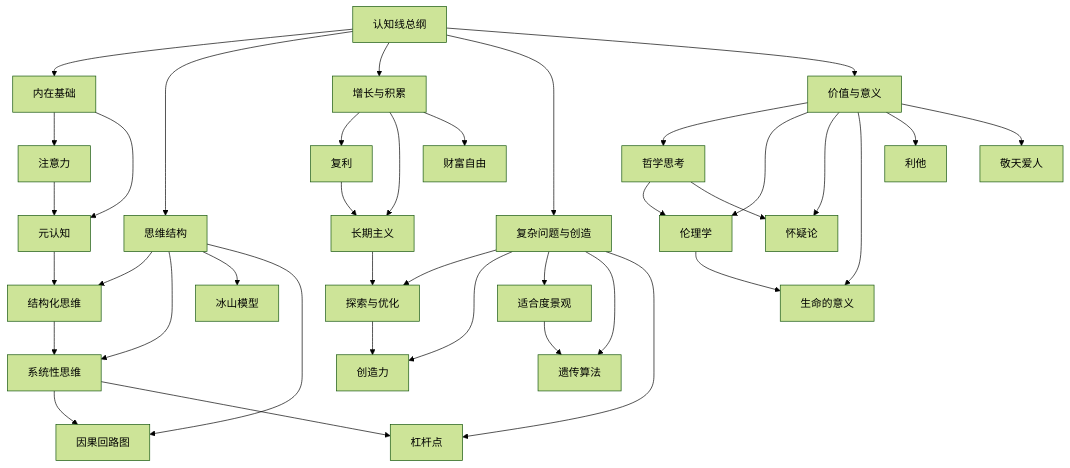
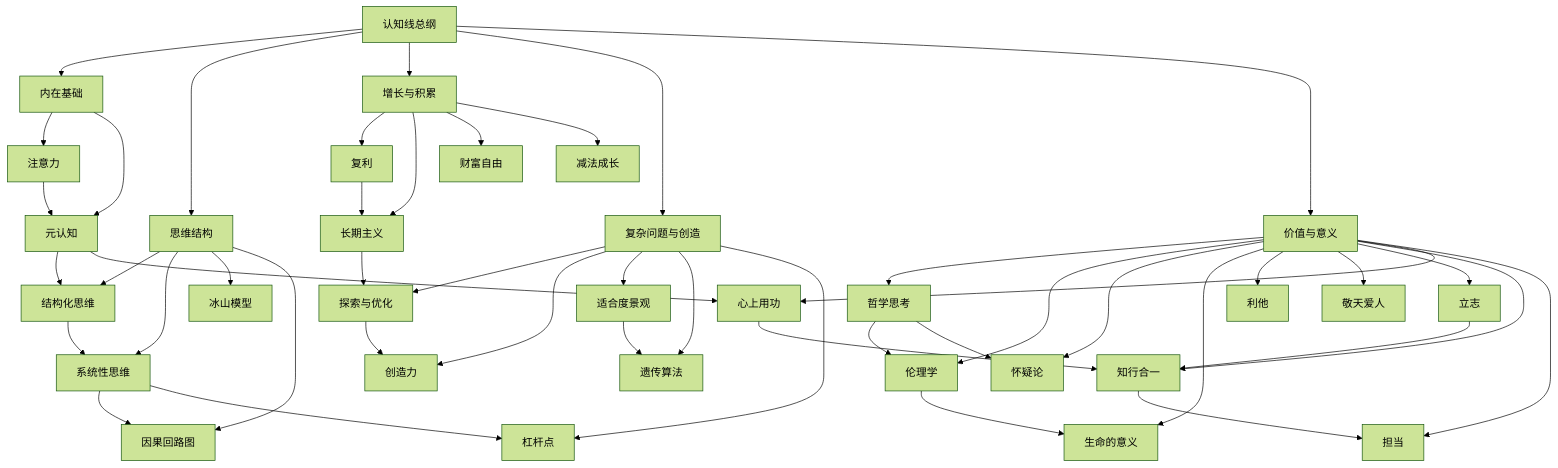
Before and after one commit to zhuguang-ZFG/reading: the diagram in 01_INDEX/认知线总纲.md, drawn with Mermaid (forest theme). The commit also changed other lines of this file and 7 other files, not shown here.

````diff
--- a/01_INDEX/认知线总纲.md
+++ b/01_INDEX/认知线总纲.md
@@ -23,48 +23,57 @@
 ```mermaid
 flowchart TD
     A[认知线总纲]
 
     A --> B[内在基础]
     A --> C[思维结构]
     A --> D[增长与积累]
     A --> E[复杂问题与创造]
     A --> F[价值与意义]
 
     B --> B1[注意力]
     B --> B2[元认知]
 
     C --> C1[结构化思维]
     C --> C2[系统性思维]
     C --> C3[冰山模型]
     C --> C4[因果回路图]
 
     D --> D1[复利]
     D --> D2[长期主义]
     D --> D3[财富自由]
+    D --> D4[减法成长]
 
     E --> E1[探索与优化]
     E --> E2[创造力]
     E --> E3[适合度景观]
     E --> E4[遗传算法]
     E --> E5[杠杆点]
 
     F --> F1[哲学思考]
     F --> F2[伦理学]
     F --> F3[怀疑论]
     F --> F4[生命的意义]
     F --> F5[利他]
     F --> F6[敬天爱人]
+    F --> F7[立志]
+    F --> F8[知行合一]
+    F --> F9[心上用功]
+    F --> F10[担当]
 
     B1 --> B2
     B2 --> C1
     C1 --> C2
     C2 --> C4
     D1 --> D2
+    B2 --> F9
     D2 --> E1
     E1 --> E2
     E3 --> E4
     C2 --> E5
     F1 --> F2
     F1 --> F3
     F2 --> F4
+    F7 --> F8
+    F9 --> F8
+    F8 --> F10
 ```
````
